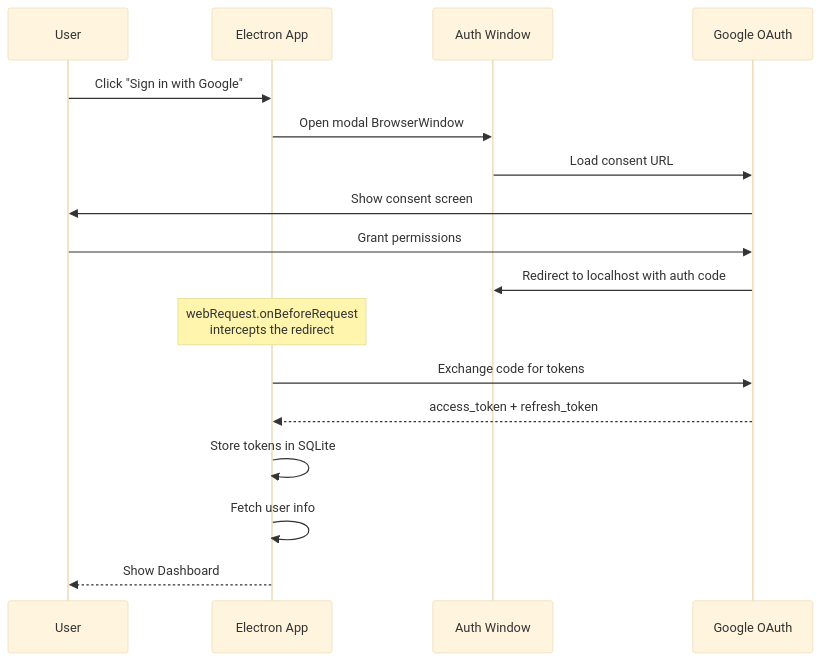
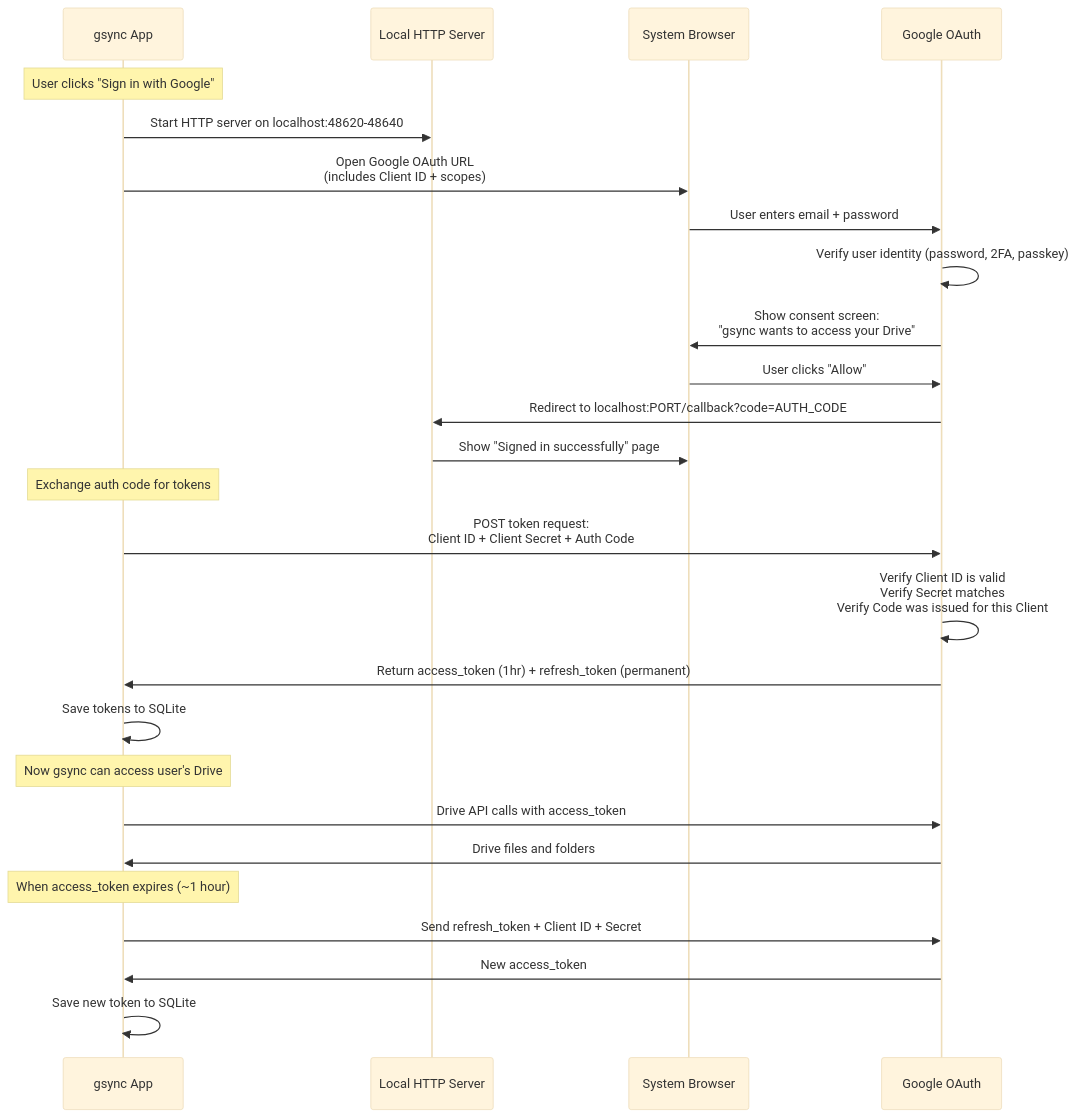
One commit to jpurusho/gdrive changed the first of 3 diagrams in docs/oauth-setup.md. Above: the diagram before and after it, drawn with Mermaid (base theme). The commit also changed other lines of this file, not shown here.

First line of the commit message:
Comprehensive OAuth docs with Mermaid diagrams

````diff
--- a/docs/oauth-setup.md
+++ b/docs/oauth-setup.md
@@ -50,20 +16,39 @@
 ```mermaid
 sequenceDiagram
-    participant U as User
-    participant E as Electron App
-    participant A as Auth Window
-    participant G as Google OAuth
+    participant App as gsync App
+    participant Server as Local HTTP Server
+    participant Browser as System Browser
+    participant Google as Google OAuth
 
-    U->>E: Click "Sign in with Google"
-    E->>A: Open modal BrowserWindow
-    A->>G: Load consent URL
-    G->>U: Show consent screen
-    U->>G: Grant permissions
-    G->>A: Redirect to localhost with auth code
-    Note over E: webRequest.onBeforeRequest<br/>intercepts the redirect
-    E->>G: Exchange code for tokens
-    G-->>E: access_token + refresh_token
-    E->>E: Store tokens in SQLite
-    E->>E: Fetch user info
-    E-->>U: Show Dashboard
+    Note over App: User clicks "Sign in with Google"
+
+    App->>Server: Start HTTP server on localhost:48620-48640
+    App->>Browser: Open Google OAuth URL<br/>(includes Client ID + scopes)
+
+    Browser->>Google: User enters email + password
+    Google->>Google: Verify user identity (password, 2FA, passkey)
+    Google->>Browser: Show consent screen:<br/>"gsync wants to access your Drive"
+    Browser->>Google: User clicks "Allow"
+
+    Google->>Server: Redirect to localhost:PORT/callback?code=AUTH_CODE
+    Server->>Browser: Show "Signed in successfully" page
+
+    Note over App: Exchange auth code for tokens
+
+    App->>Google: POST token request:<br/>Client ID + Client Secret + Auth Code
+    Google->>Google: Verify Client ID is valid<br/>Verify Secret matches<br/>Verify Code was issued for this Client
+    Google->>App: Return access_token (1hr) + refresh_token (permanent)
+
+    App->>App: Save tokens to SQLite
+
+    Note over App: Now gsync can access user's Drive
+
+    App->>Google: Drive API calls with access_token
+    Google->>App: Drive files and folders
+
+    Note over App: When access_token expires (~1 hour)
+
+    App->>Google: Send refresh_token + Client ID + Secret
+    Google->>App: New access_token
+    App->>App: Save new token to SQLite
 ```
````
